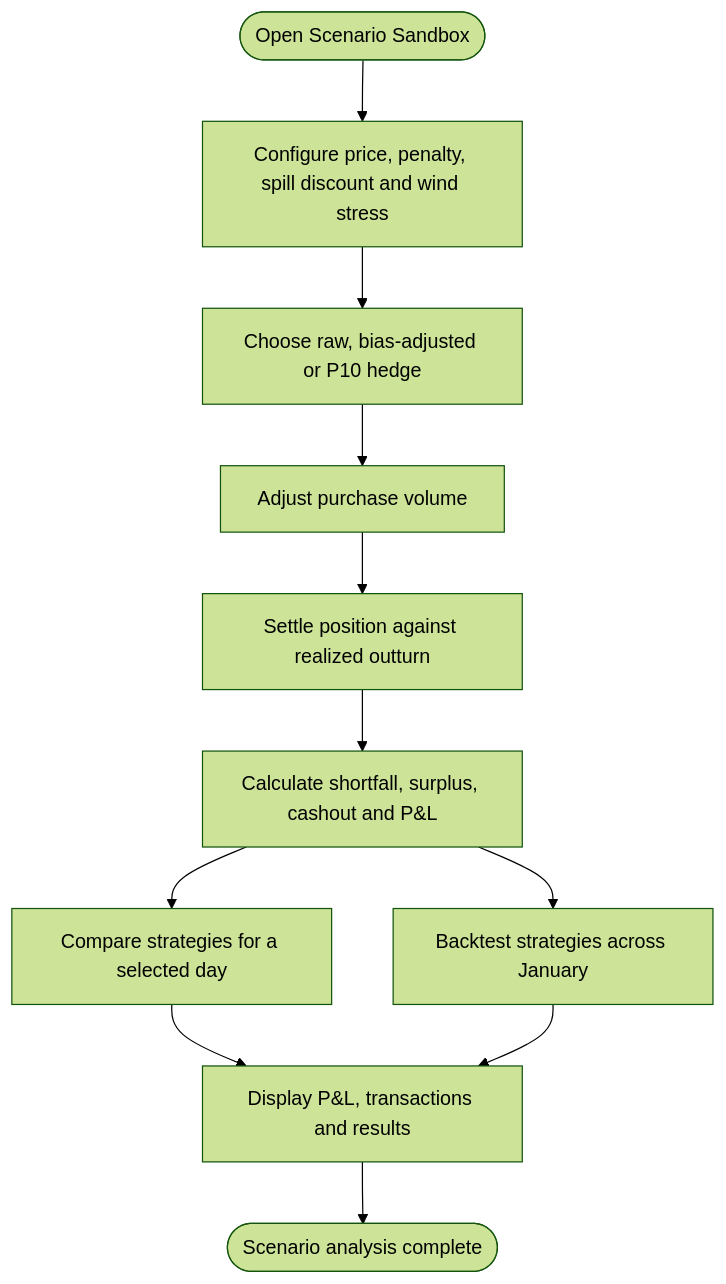
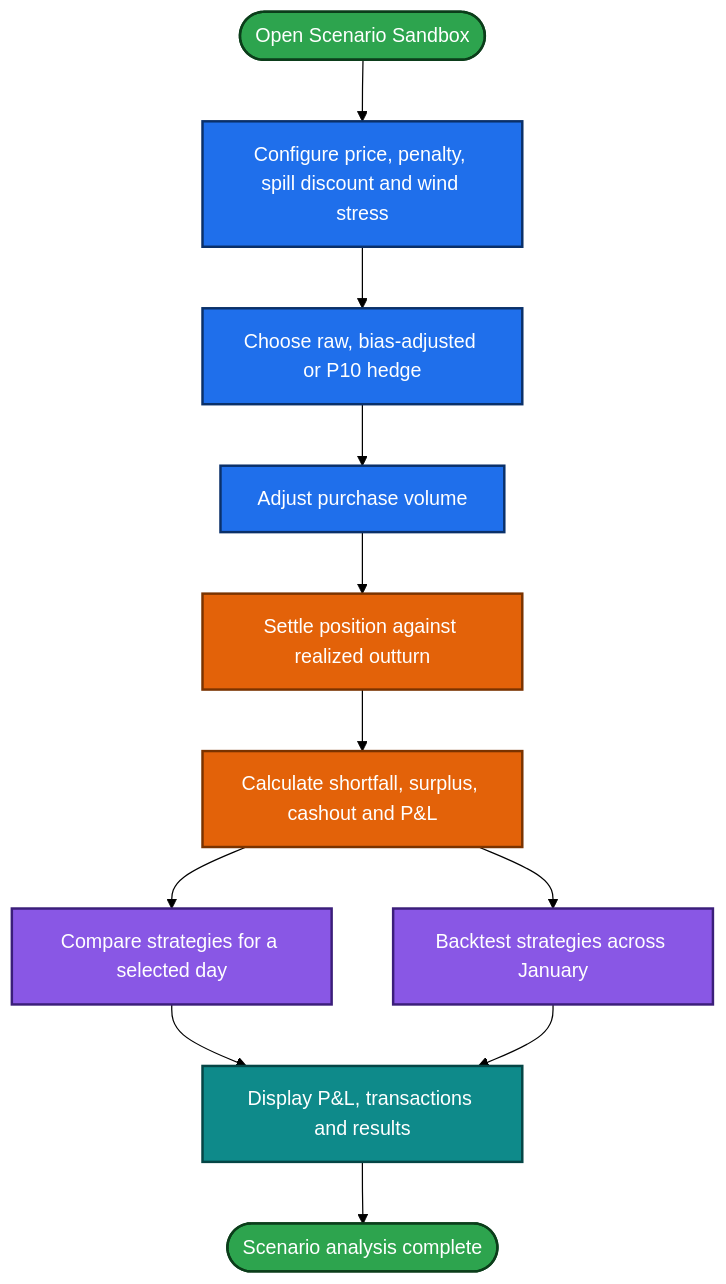
The sixth of 7 diagrams in README.md (sourabhvamdevan/wind-matrix), drawn with Mermaid (forest theme) before and after one commit. The commit also changed other lines of this file, not shown here.

First line of the commit message:
Enhance README with detailed workflow and architecture

````diff
--- a/README.md
+++ b/README.md
@@ -227,13 +324,31 @@
 ```mermaid
 flowchart TD
     A([Open Scenario Sandbox]) --> B["Configure price, penalty, spill discount and wind stress"]
     B --> C["Choose raw, bias-adjusted or P10 hedge"]
     C --> D["Adjust purchase volume"]
     D --> E["Settle position against realized outturn"]
     E --> F["Calculate shortfall, surplus, cashout and P&L"]
     F --> G["Compare strategies for a selected day"]
     F --> H["Backtest strategies across January"]
     G --> I["Display P&L, transactions and results"]
     H --> I
     I --> J([Scenario analysis complete])
+
+    classDef ext fill:#1f6feb,stroke:#0a3069,color:#ffffff,stroke-width:2px
+    classDef ingest fill:#8957e5,stroke:#3b1e7a,color:#ffffff,stroke-width:2px
+    classDef store fill:#bf8700,stroke:#5c4400,color:#ffffff,stroke-width:2px
+    classDef engine fill:#d1242f,stroke:#6e1018,color:#ffffff,stroke-width:2px
+    classDef api fill:#e36209,stroke:#7a3300,color:#ffffff,stroke-width:2px
+    classDef front fill:#1a7f37,stroke:#0b3d1a,color:#ffffff,stroke-width:2px
+    classDef view fill:#0e8a8a,stroke:#054545,color:#ffffff,stroke-width:2px
+    classDef good fill:#2da44e,stroke:#0b3d1a,color:#ffffff,stroke-width:2px
+    classDef bad fill:#cf222e,stroke:#6e1018,color:#ffffff,stroke-width:2px
+    classDef decide fill:#f5c518,stroke:#7a5c00,color:#1b1f24,stroke-width:2px
+    classDef dark fill:#24292f,stroke:#000000,color:#ffffff,stroke-width:2px
+    class A good
+    class B,C,D ext
+    class E,F api
+    class G,H ingest
+    class I view
+    class J good
 ```
````
